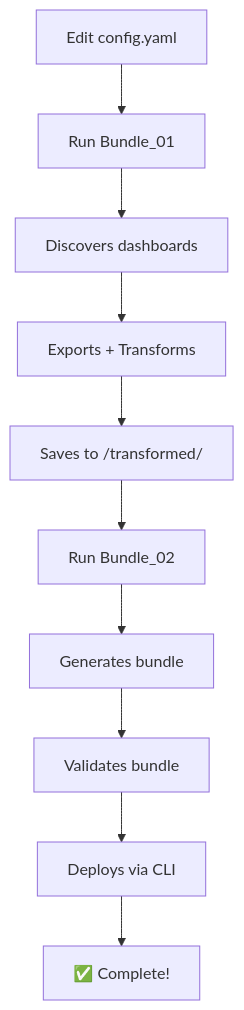
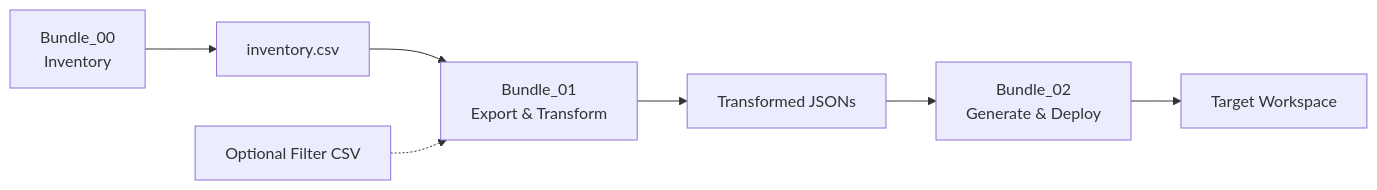
Before and after one commit to archana986/databricks-dashboard-migration: the diagram in Bundle/README.md, drawn with Mermaid. The commit also changed other lines of this file and 7 other files, not shown here.

````diff
--- a/Bundle/README.md
+++ b/Bundle/README.md
@@ -130,12 +151,10 @@
 ```mermaid
-flowchart TD
-    A[Edit config.yaml] --> B[Run Bundle_01]
-    B --> C[Discovers dashboards]
-    C --> D[Exports + Transforms]
-    D --> E[Saves to /transformed/]
-    E --> F[Run Bundle_02]
-    F --> G[Generates bundle]
-    G --> H[Validates bundle]
-    H --> I[Deploys via CLI]
-    I --> J[✅ Complete!]
+flowchart LR
+    A[Bundle_00<br/>Inventory] --> B[inventory.csv]
+    B --> C[Bundle_01<br/>Export & Transform]
+    C --> D[Transformed JSONs]
+    D --> E[Bundle_02<br/>Generate & Deploy]
+    E --> F[Target Workspace]
+    
+    G[Optional Filter CSV] -.-> C
 ```
````
